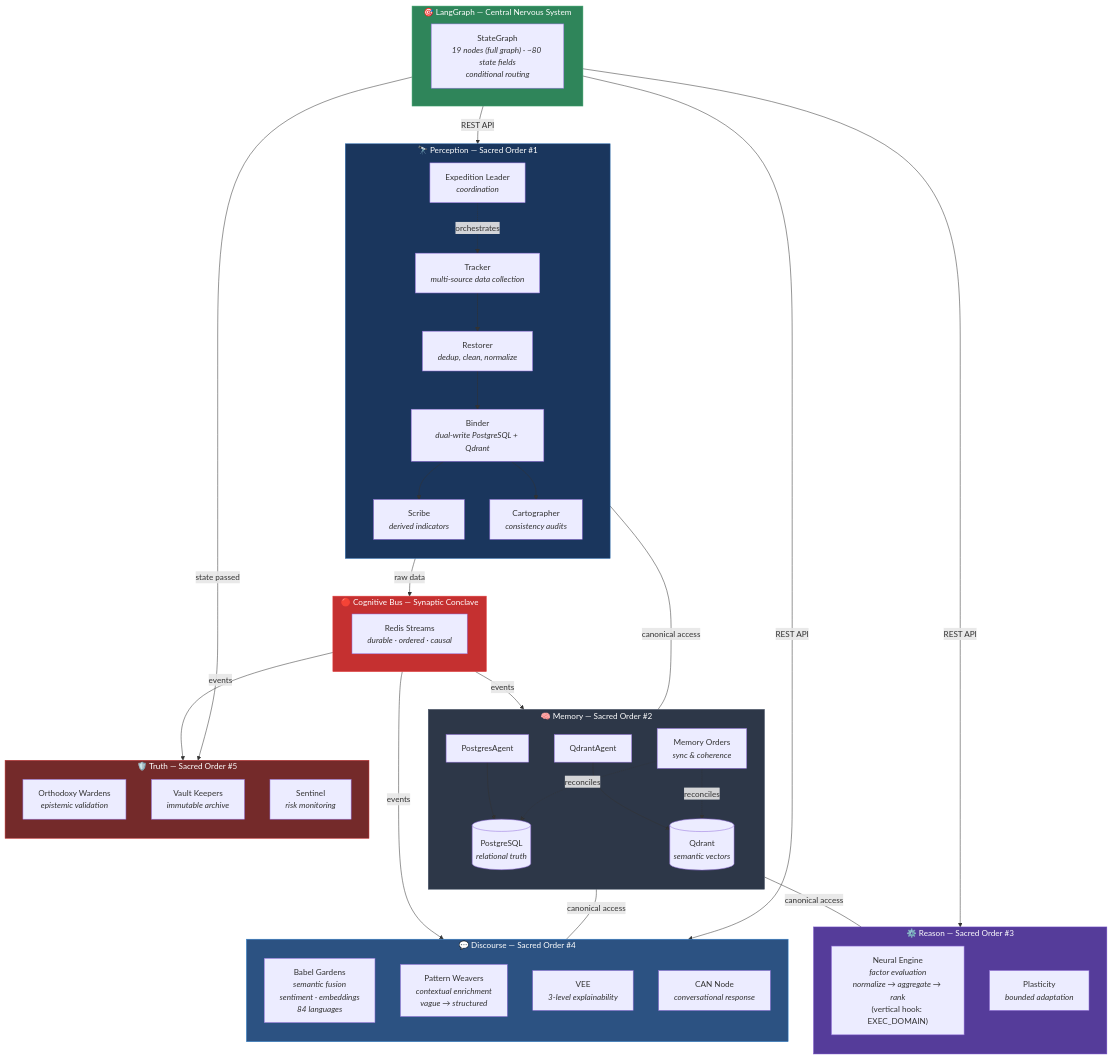
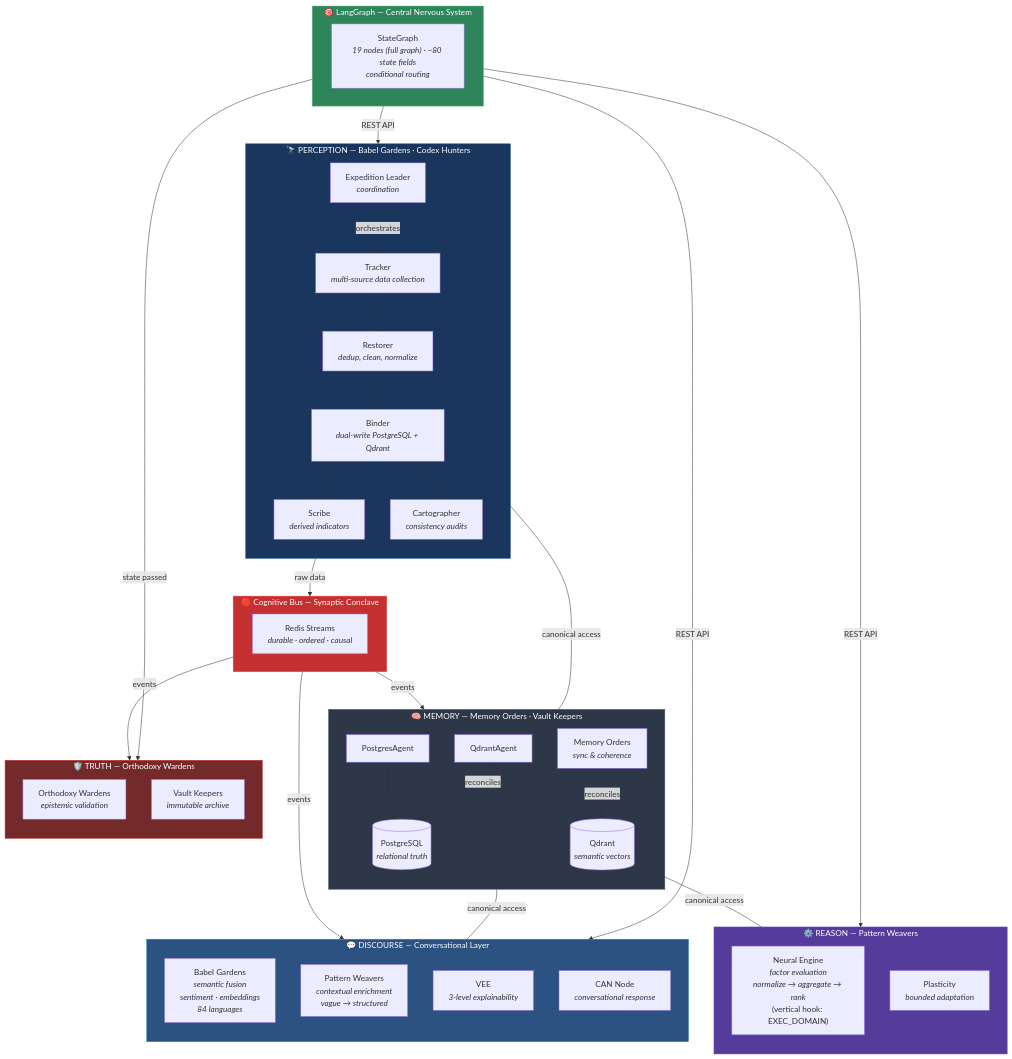
The first of 2 diagrams in docs/foundational/VITRUVYAN_OVERVIEW.md (vitruvyan/vitruvyan-core), drawn with Mermaid before and after one commit. The commit also changed other lines of this file and 5 other files, not shown here.

````diff
--- a/docs/foundational/VITRUVYAN_OVERVIEW.md
+++ b/docs/foundational/VITRUVYAN_OVERVIEW.md
@@ -19,6 +19,6 @@
 ```mermaid
 graph TB
-    subgraph PERCEPTION["🔭 Perception — Sacred Order #1"]
+    subgraph PERCEPTION["🔭 PERCEPTION — Babel Gardens · Codex Hunters"]
         direction TB
         TRACKER["Tracker<br/><i>multi-source data collection</i>"]
         RESTORER["Restorer<br/><i>dedup, clean, normalize</i>"]
@@ -33,7 +33,7 @@
         LEADER -.->|orchestrates| TRACKER
     end
 
-    subgraph MEMORY["🧠 Memory — Sacred Order #2"]
+    subgraph MEMORY["🧠 MEMORY — Memory Orders · Vault Keepers"]
         direction TB
         PG[("PostgreSQL<br/><i>relational truth</i>")]
         QD[("Qdrant<br/><i>semantic vectors</i>")]
@@ -47,13 +47,13 @@
         MO -.->|reconciles| QD
     end
 
-    subgraph REASON["⚙️ Reason — Sacred Order #3"]
+    subgraph REASON["⚙️ REASON — Pattern Weavers"]
         direction TB
         NE["Neural Engine<br/><i>factor evaluation<br/>normalize → aggregate → rank</i><br/>(vertical hook: EXEC_DOMAIN)"]
         PLAST["Plasticity<br/><i>bounded adaptation</i>"]
     end
 
-    subgraph DISCOURSE["💬 Discourse — Sacred Order #4"]
+    subgraph DISCOURSE["💬 DISCOURSE — Conversational Layer"]
         direction TB
         BABEL["Babel Gardens<br/><i>semantic fusion<br/>sentiment · embeddings<br/>84 languages</i>"]
         WEAVERS["Pattern Weavers<br/><i>contextual enrichment<br/>vague → structured</i>"]
@@ -61,11 +61,10 @@
         CAN["CAN Node<br/><i>conversational response</i>"]
     end
 
-    subgraph TRUTH["🛡️ Truth — Sacred Order #5"]
+    subgraph TRUTH["🛡️ TRUTH — Orthodoxy Wardens"]
         direction TB
         ORTHO["Orthodoxy Wardens<br/><i>epistemic validation</i>"]
         VAULT["Vault Keepers<br/><i>immutable archive</i>"]
-        SENTINEL["Sentinel<br/><i>risk monitoring</i>"]
     end
 
     subgraph BUS["🔴 Cognitive Bus — Synaptic Conclave"]
````
